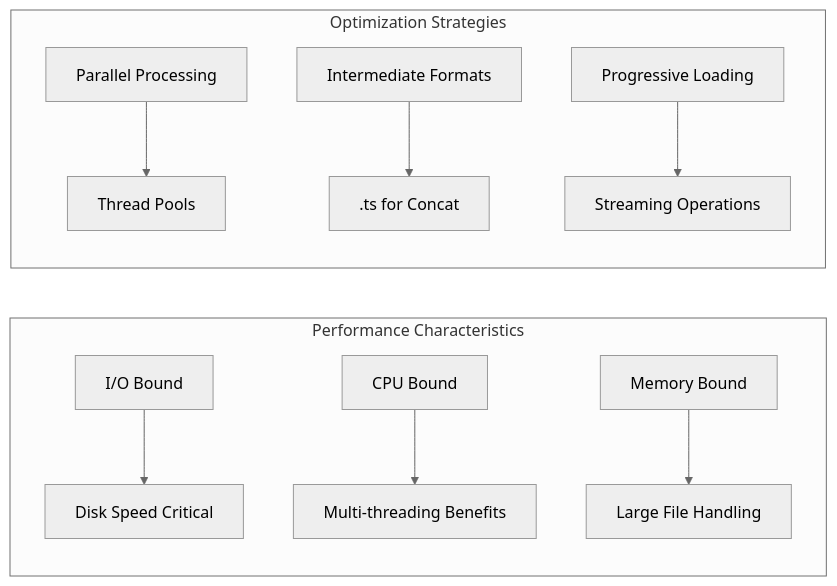
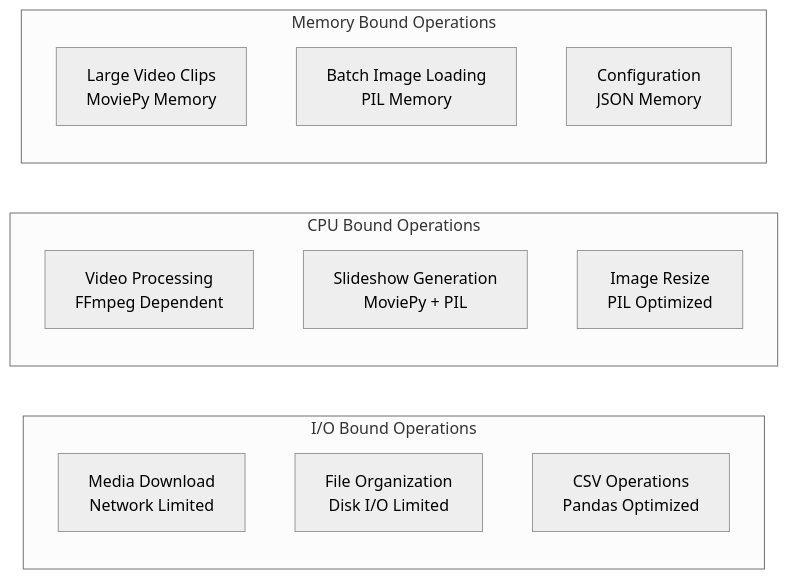
Diagram 14 of 15 in ARCHITECTURE_DOCUMENTATION.md (blakedemarest/BEDROT-Media-Suite), drawn with Mermaid (neutral theme) before and after one commit. The commit also changed other lines of this file and 54 other files, not shown here.

````diff
--- a/ARCHITECTURE_DOCUMENTATION.md
+++ b/ARCHITECTURE_DOCUMENTATION.md
@@ -497,14 +806,20 @@
 ```mermaid
 graph LR
-    subgraph "Performance Characteristics"
-        A[I/O Bound] --> B[Disk Speed Critical]
-        C[CPU Bound] --> D[Multi-threading Benefits]
-        E[Memory Bound] --> F[Large File Handling]
+    subgraph "I/O Bound Operations"
+        DOWNLOAD[Media Download<br/>Network Limited]
+        FILE_ORG[File Organization<br/>Disk I/O Limited]
+        CSV[CSV Operations<br/>Pandas Optimized]
     end
     
-    subgraph "Optimization Strategies"
-        G[Parallel Processing] --> H[Thread Pools]
-        I[Intermediate Formats] --> J[.ts for Concat]
-        K[Progressive Loading] --> L[Streaming Operations]
+    subgraph "CPU Bound Operations"
+        VIDEO[Video Processing<br/>FFmpeg Dependent]
+        SLIDESHOW[Slideshow Generation<br/>MoviePy + PIL]
+        RESIZE[Image Resize<br/>PIL Optimized]
+    end
+    
+    subgraph "Memory Bound Operations"
+        LARGE_VIDEO[Large Video Clips<br/>MoviePy Memory]
+        BATCH_IMG[Batch Image Loading<br/>PIL Memory]
+        CONFIG[Configuration<br/>JSON Memory]
     end
 ```
````
